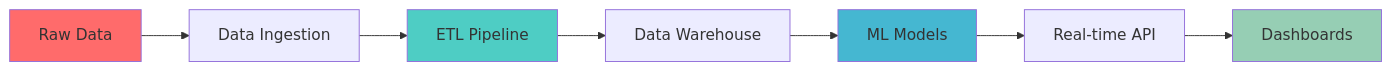
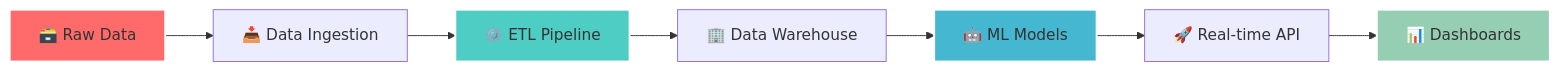
The diagram in README.md (HappyBiningu/HappyBiningu), drawn with Mermaid before and after one commit. The commit also changed other lines of this file, not shown here.

````diff
--- a/README.md
+++ b/README.md
@@ -85,14 +108,14 @@
 ```mermaid
 graph LR
-    A[Raw Data] --> B[Data Ingestion]
-    B --> C[ETL Pipeline]
-    C --> D[Data Warehouse]
-    D --> E[ML Models]
-    E --> F[Real-time API]
-    F --> G[Dashboards]
+    A[🗃️ Raw Data] --> B[📥 Data Ingestion]
+    B --> C[⚙️ ETL Pipeline]
+    C --> D[🏢 Data Warehouse]
+    D --> E[🤖 ML Models]
+    E --> F[🚀 Real-time API]
+    F --> G[📊 Dashboards]
     
-    style A fill:#ff6b6b
-    style C fill:#4ecdc4
-    style E fill:#45b7d1
-    style G fill:#96ceb4
+    style A fill:#ff6b6b,stroke:#fff,stroke-width:2px
+    style C fill:#4ecdc4,stroke:#fff,stroke-width:2px
+    style E fill:#45b7d1,stroke:#fff,stroke-width:2px
+    style G fill:#96ceb4,stroke:#fff,stroke-width:2px
 ```
````
